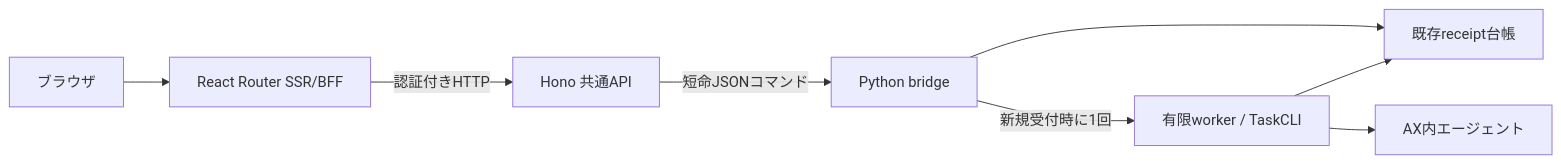
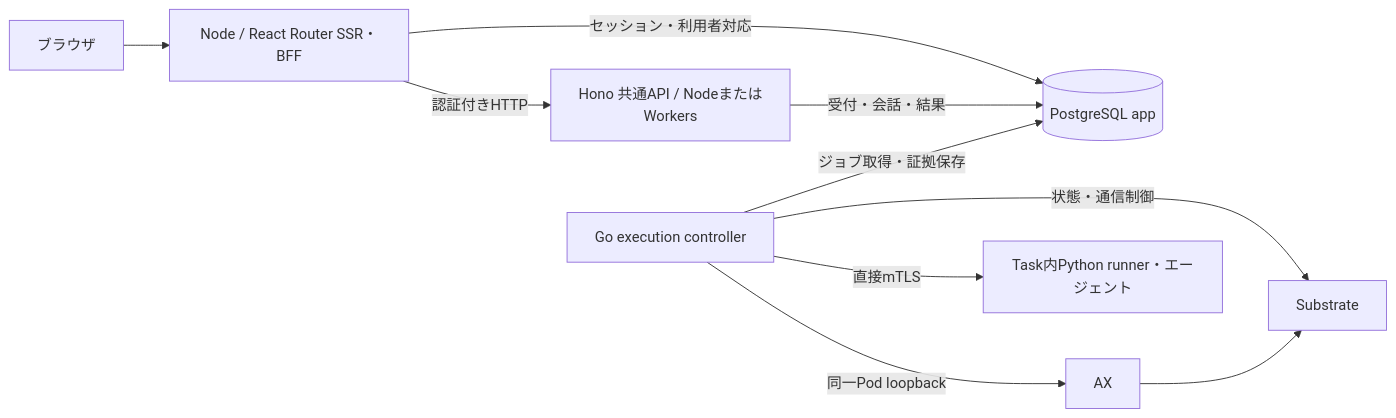
The diagram in web/README.md (sori883/agent-workspace), drawn with Mermaid before and after one commit. The commit also changed other lines of this file and 92 other files, not shown here.

Commit message:
Move common API state to PostgreSQL and isolate AX execution

````diff
--- a/web/README.md
+++ b/web/README.md
@@ -78,10 +11,12 @@
 ```mermaid
 flowchart LR
-  Browser[ブラウザ] --> Web[React Router SSR/BFF]
-  Web -->|認証付きHTTP| API[Hono 共通API]
-  API -->|短命JSONコマンド| Bridge[Python bridge]
-  Bridge --> Ledger[既存receipt台帳]
-  Bridge -->|新規受付時に1回| Worker[有限worker / TaskCLI]
-  Worker --> AX[AX内エージェント]
-  Worker --> Ledger
+  Browser[ブラウザ] --> Web[Node / React Router SSR・BFF]
+  Web -->|認証付きHTTP| API[Hono 共通API / NodeまたはWorkers]
+  Web -->|セッション・利用者対応| PG[(PostgreSQL app)]
+  API -->|受付・会話・結果| PG
+  Controller[Go execution controller] -->|ジョブ取得・証拠保存| PG
+  Controller -->|同一Pod loopback| AX[AX]
+  Controller -->|直接mTLS| Guest[Task内Python runner・エージェント]
+  Controller -->|状態・通信制御| Substrate[Substrate]
+  AX --> Substrate
 ```
````
